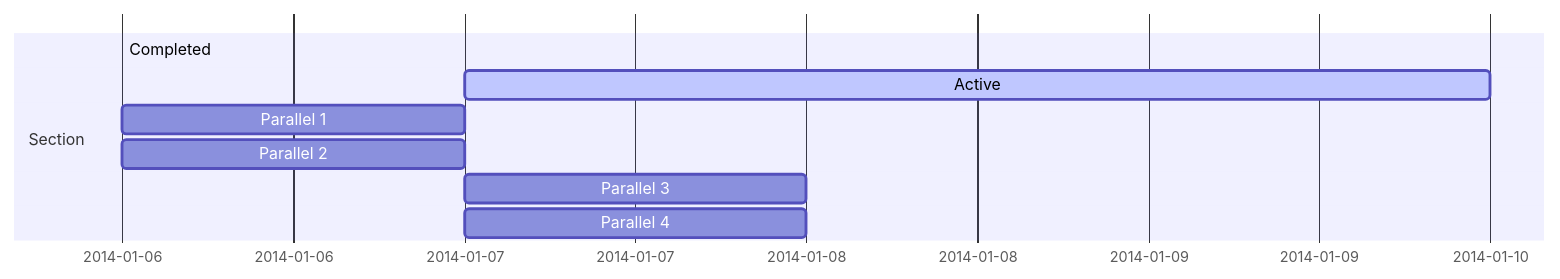
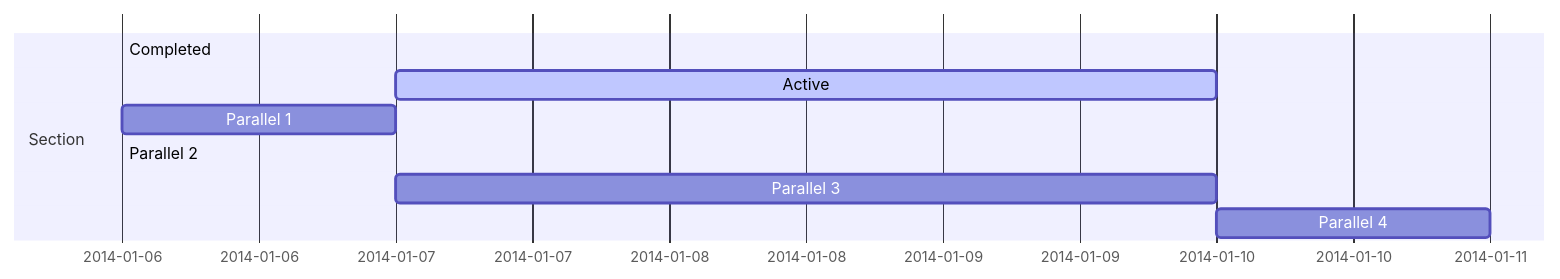
Before and after one commit to lucumt/ghblog: the fourth of 12 diagrams in content/post/hugo/enable-diagrams-in-hugo.md, drawn with Mermaid. The commit also changed other lines of this file and 6 other files, not shown here.

````diff
--- a/content/post/hugo/enable-diagrams-in-hugo.md
+++ b/content/post/hugo/enable-diagrams-in-hugo.md
@@ -258,10 +442,10 @@
   ```mermaid
   gantt
       section Section
       Completed :done,    des1, 2014-01-06,2014-01-08
       Active        :active,  des2, 2014-01-07, 3d
       Parallel 1   :         des3, after des1, 1d
-      Parallel 2   :         des4, after des1, 1d
-      Parallel 3   :         des5, after des3, 1d
-      Parallel 4   :         des6, after des4, 1d
+      Parallel 2   :         des4, after des1, d
+      Parallel 3   :         des5, after des3, 3d
+      Parallel 4   :         des6, after des2, 1d
   ```
````
